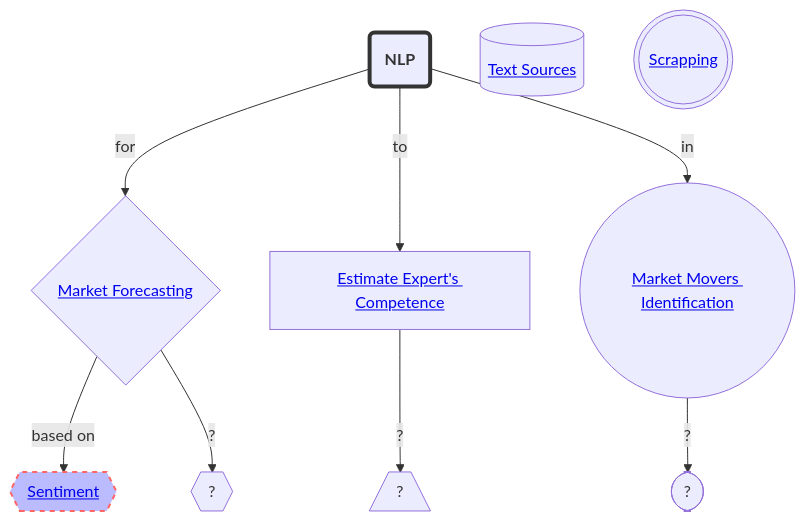
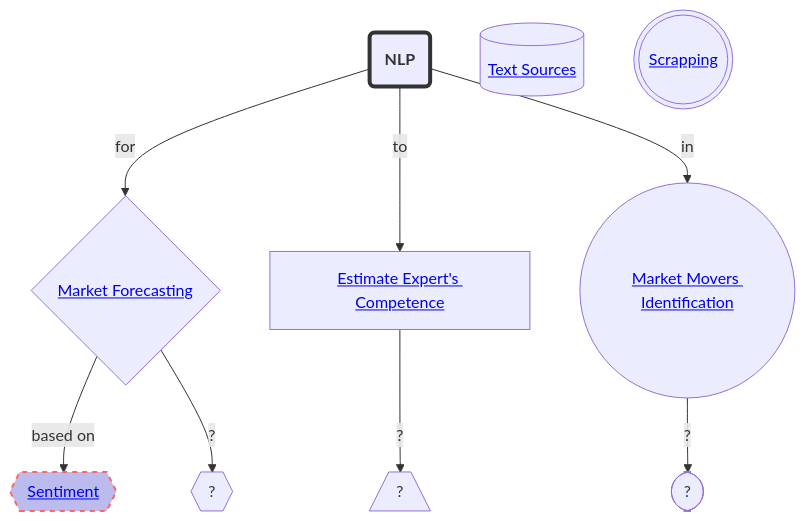
One commit to completelyboofyblitzed/STOCK-MARKET-NLP changed the diagram in README.md. Above: the diagram before and after it, drawn with Mermaid.

````diff
--- a/README.md
+++ b/README.md
@@ -8,22 +8,22 @@
 ```mermaid
 %%{init: {"theme": "default","fontFamily": "cursive", "sequence": { "securityLevel":"loose" }}}%%
 graph TD
     classDef containers fill:#E6E1F7
     
     %% styling the nodes and arrors https://dompl.medium.com/produce-great-looking-flowcharts-in-seconds-7f3bea64f2e2
     %% mermaid editor https://mermaid.live
     
     A(<b>NLP</b>) -->|for| C{<a href='https://github.com/completelyboofyblitzed/NLP-in-STOCK-MARKET/blob/main/README.md#market-forecasting'>Market Forecasting</a>} 
     style A stroke:#333,stroke-width:4px
     J[(<a href='https://github.com/completelyboofyblitzed/NLP-in-STOCK-MARKET/blob/main/README.md#text-sources'>Text Sources</a>)]
     S(((<a href='https://github.com/completelyboofyblitzed/NLP-in-STOCK-MARKET/blob/main/README.md#scrapping'>Scrapping</a>)))
     A -->|to| E[<a href='https://github.com/completelyboofyblitzed/NLP-in-STOCK-MARKET/blob/main/README.md#experts-competence-estimation'>Estimate Expert's Competence</a>]
     A -->|in| M((<a href='https://github.com/completelyboofyblitzed/NLP-in-STOCK-MARKET/blob/main/README.md#market-movers-identification'>Market Movers Identification</a>))
     C -->|based on| D{{<a href='https://github.com/completelyboofyblitzed/NLP-in-STOCK-MARKET/blob/main/README.md#sentiment-based' >Sentiment</a>}}
     C -->|?| B{{?}}
-    style D fill:#bbf,stroke:#f66,stroke-width:2px,color:#fff,stroke-dasharray: 5 5,text-decoration: none
+    style D fill:#bbe,stroke:#f66,stroke-width:2px,color:#fff,stroke-dasharray: 5 5,text-decoration: none
     %% click B href "https://github.com/completelyboofyblitzed/NLP-in-STOCK-MARKET#sentiment-based" "This is a tooltip for a link"
     E -->|?| F[/?\]
     M -->|?| Q([?])
     %% class A,B,C,E,E,M,F,Q containers;
 ```
````
